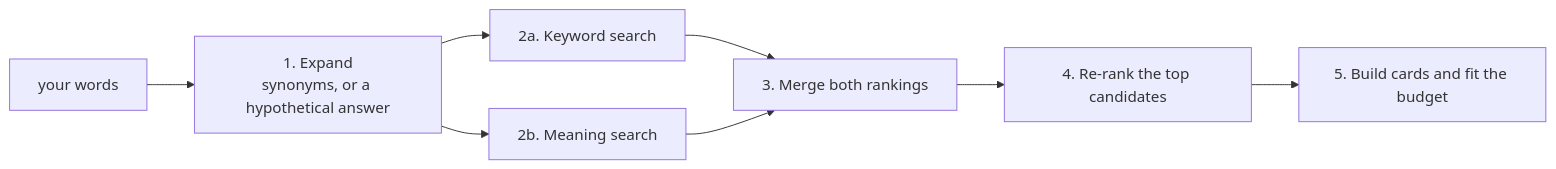
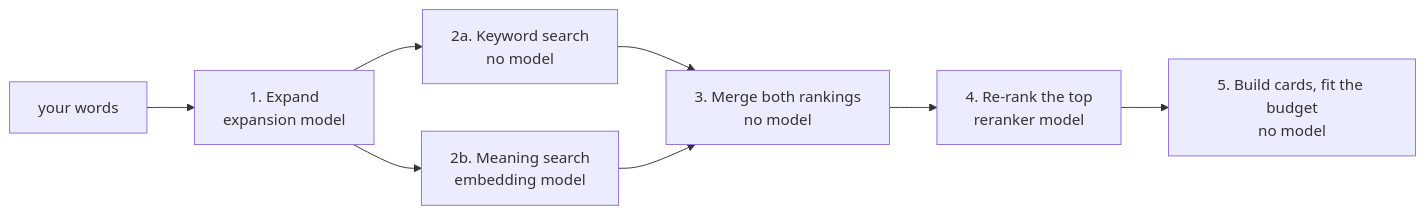
Before and after one commit to tenphi/akno: the third of 7 diagrams in HOW-IT-WORKS.md, drawn with Mermaid. The commit also changed other lines of this file and 4 other files, not shown here.

````diff
--- a/HOW-IT-WORKS.md
+++ b/HOW-IT-WORKS.md
@@ -172,10 +205,10 @@
 ```mermaid
 flowchart LR
-    q["your words"] --> expand["1. Expand<br/>synonyms, or a hypothetical answer"]
-    expand --> lex["2a. Keyword search"]
-    expand --> vec["2b. Meaning search"]
-    lex --> fuse["3. Merge both rankings"]
+    q["your words"] --> expand["1. Expand<br/>expansion model"]
+    expand --> lex["2a. Keyword search<br/>no model"]
+    expand --> vec["2b. Meaning search<br/>embedding model"]
+    lex --> fuse["3. Merge both rankings<br/>no model"]
     vec --> fuse
-    fuse --> rerank["4. Re-rank the top candidates"]
-    rerank --> cards["5. Build cards and fit the budget"]
+    fuse --> rerank["4. Re-rank the top<br/>reranker model"]
+    rerank --> cards["5. Build cards, fit the budget<br/>no model"]
 ```
````
